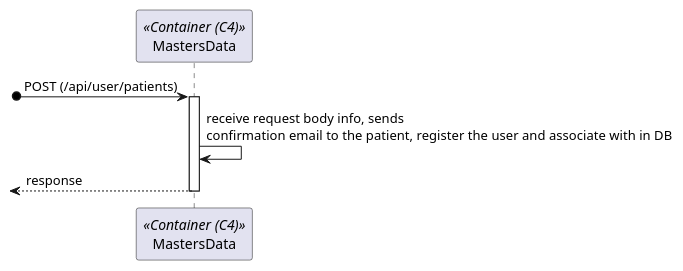
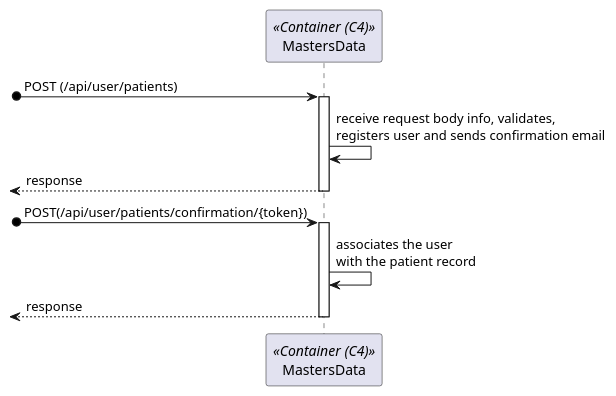
The diagram in docs/Sprint_1/US_5.1.3/L2/Process_View.puml (Rodrick0209/ISEP-SEM5PI-24-25), drawn with PlantUML before and after one commit. The commit also changed 49 other files, not shown here.

```diff
--- a/docs/Sprint_1/US_5.1.3/L2/Process_View.puml
+++ b/docs/Sprint_1/US_5.1.3/L2/Process_View.puml
@@ -2,9 +2,14 @@
 @startuml Process_View
 participant "MastersData" as BE <<Container (C4)>>
 
 [o-> BE: POST (/api/user/patients)
 activate BE
-BE -> BE: receive request body info, sends\nconfirmation email to the patient, register the user and associate with  in DB
+BE -> BE: receive request body info, validates, \nregisters user and sends confirmation email
+<-- BE: response
+deactivate BE
+[o-> BE: POST(/api/user/patients/confirmation/{token})
+activate BE
+BE -> BE : associates the user\nwith the patient record
 <-- BE: response
 deactivate BE
 @enduml
```
